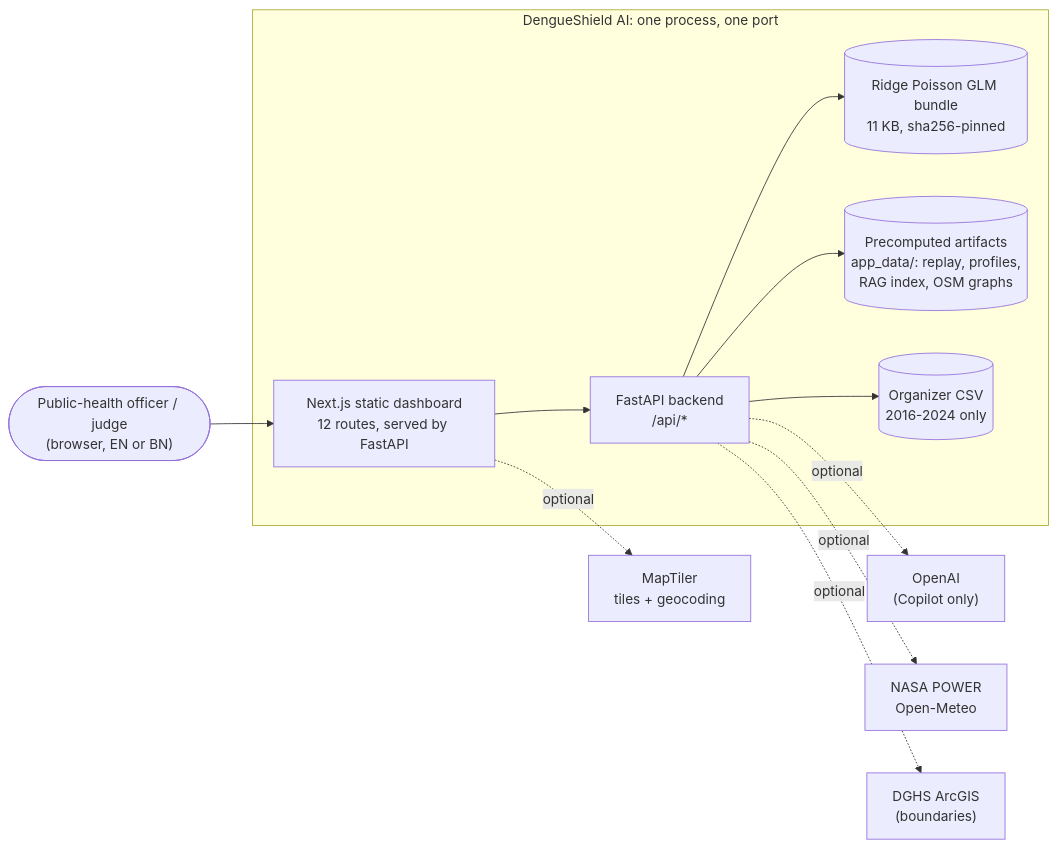
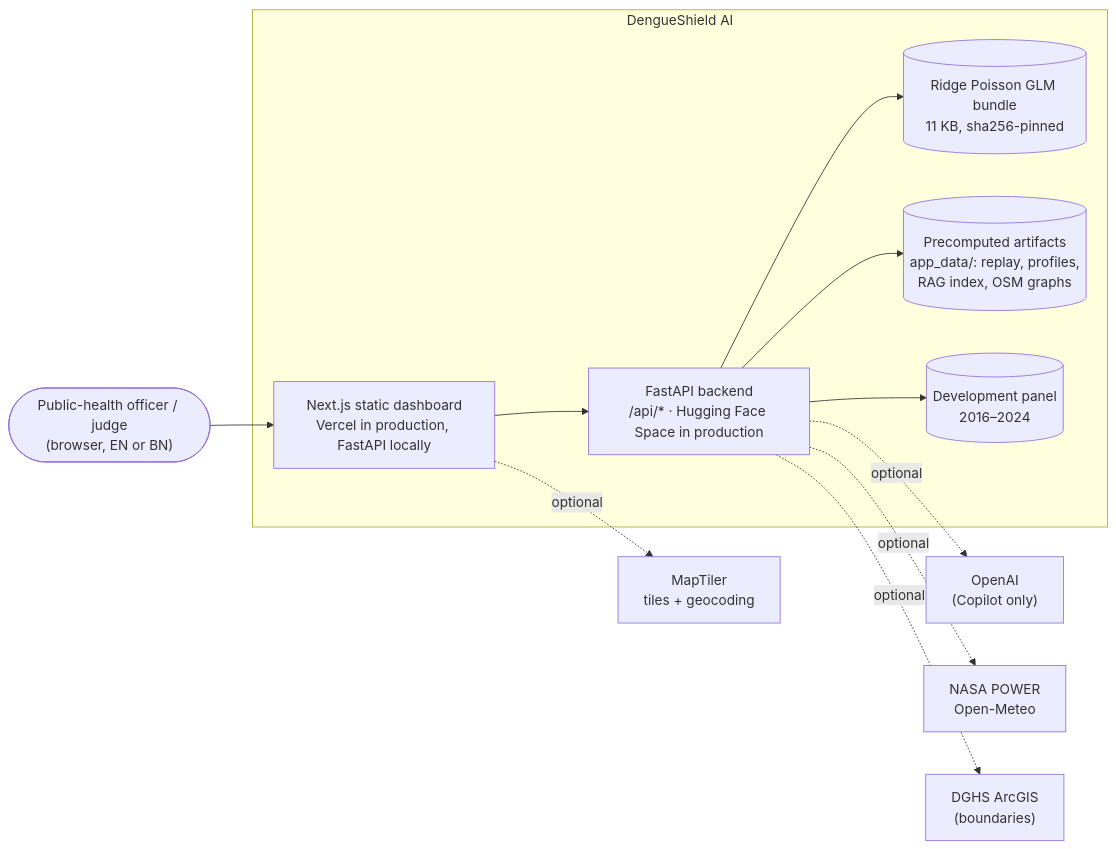
One commit to A-K-M-Asifuzzaman/EDU_HACKATHON changed the first of 24 diagrams in ARCHITECTURE.md. Above: the diagram before and after it, drawn with Mermaid. The commit also changed other lines of this file and 15 other files, not shown here.

Commit message:
Consolidate architecture and harden release validation

````diff
--- a/ARCHITECTURE.md
+++ b/ARCHITECTURE.md
@@ -18,21 +17,21 @@
 ```mermaid
 flowchart LR
     user(["Public-health officer / judge<br/>(browser, EN or BN)"])
-    subgraph app["DengueShield AI: one process, one port"]
-        ui["Next.js static dashboard<br/>12 routes, served by FastAPI"]
-        api["FastAPI backend<br/>/api/*"]
+    subgraph app["DengueShield AI"]
+        ui["Next.js static dashboard<br/>Vercel in production, FastAPI locally"]
+        api["FastAPI backend<br/>/api/* · Hugging Face Space in production"]
         model[("Ridge Poisson GLM bundle<br/>11 KB, sha256-pinned")]
         art[("Precomputed artifacts<br/>app_data/: replay, profiles,<br/>RAG index, OSM graphs")]
-        csv[("Organizer CSV<br/>2016-2024 only")]
+        csv[("Development panel<br/>2016–2024")]
     end
     openai["OpenAI<br/>(Copilot only)"]
     wx["NASA POWER<br/>Open-Meteo"]
     tiles["MapTiler<br/>tiles + geocoding"]
     dghs["DGHS ArcGIS<br/>(boundaries)"]
     user --> ui --> api
     api --> model & art & csv
     api -. optional .-> openai
     api -. optional .-> wx
     api -. optional .-> dghs
     ui -. optional .-> tiles
 ```
````
